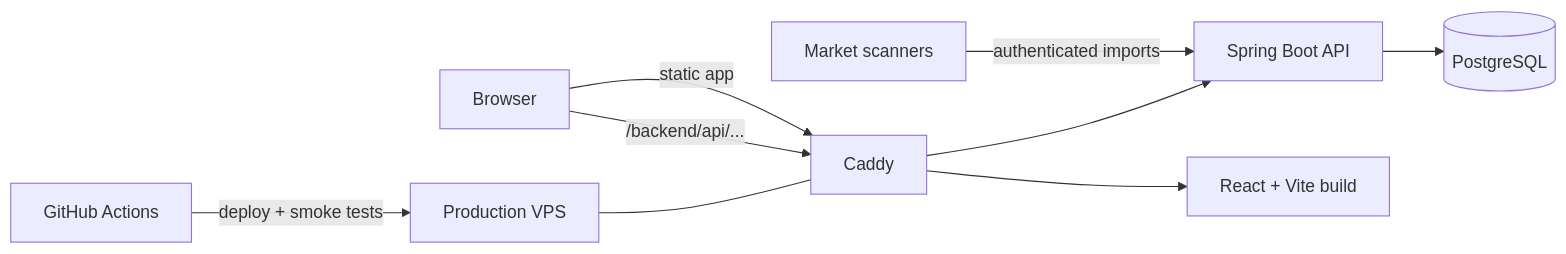
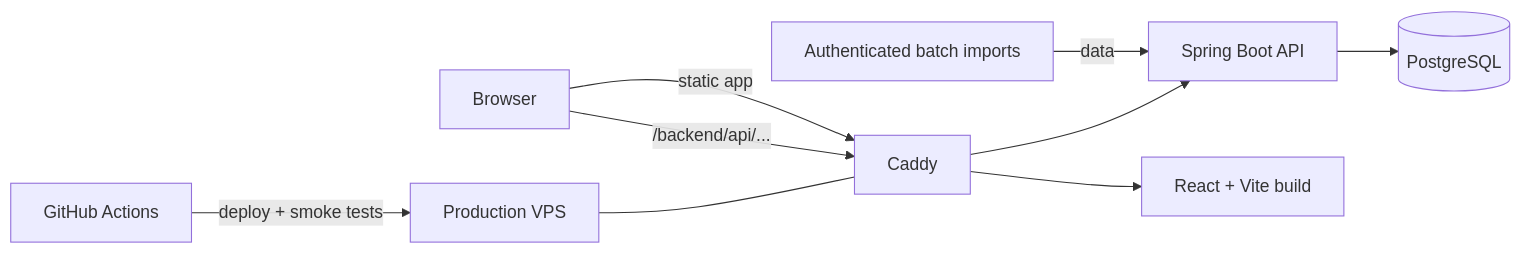
The diagram in README.md (mazikox/metin2-market-web), drawn with Mermaid before and after one commit. The commit also changed other lines of this file, not shown here.

````diff
--- a/README.md
+++ b/README.md
@@ -74,11 +84,11 @@
 ```mermaid
 flowchart LR
-    Scanner["Market scanners"] -->|authenticated imports| API["Spring Boot API"]
+    Imports["Authenticated batch imports"] -->|data| API["Spring Boot API"]
     API --> DB[("PostgreSQL")]
     Browser["Browser"] -->|static app| Caddy["Caddy"]
     Browser -->|/backend/api/...| Caddy
     Caddy --> API
     Caddy --> Static["React + Vite build"]
     Actions["GitHub Actions"] -->|deploy + smoke tests| VPS["Production VPS"]
     VPS --- Caddy
 ```
````
